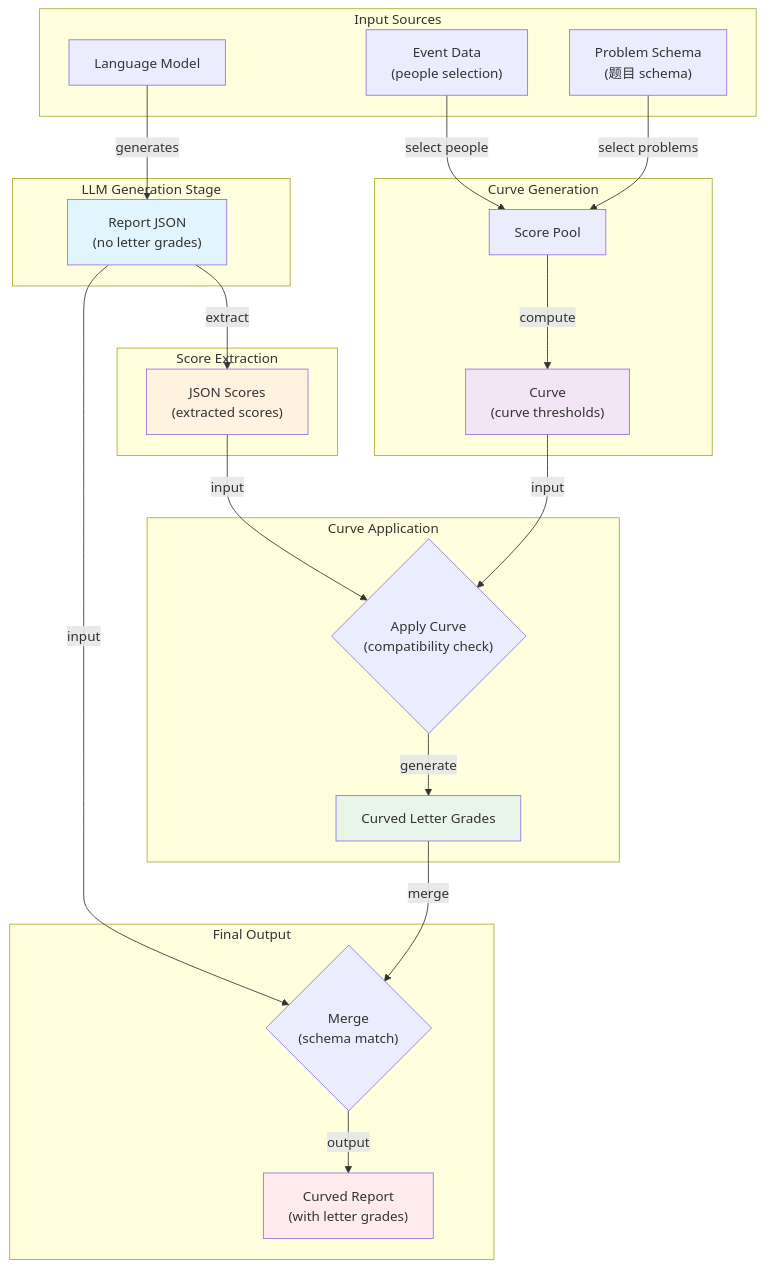
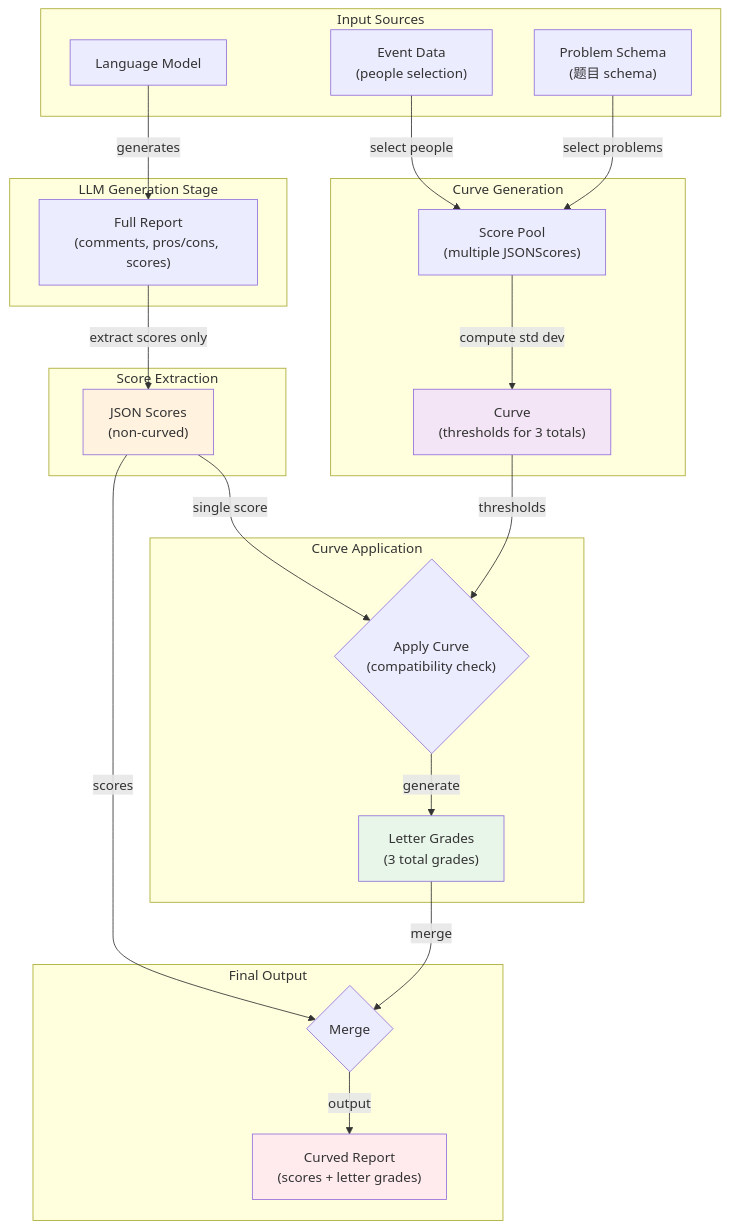
One commit to paideia-ai/tech-doc-axiia changed the first of 7 diagrams in score-post-llm-pipeline/pipeline-design.md. Above: the diagram before and after it, drawn with Mermaid. The commit also changed other lines of this file and 3 other files, not shown here.

First line of the commit message:
Consolidate schemas and update docs per ip-02.md

````diff
--- a/score-post-llm-pipeline/pipeline-design.md
+++ b/score-post-llm-pipeline/pipeline-design.md
@@ -5,40 +19,39 @@
 ```mermaid
 flowchart TD
     subgraph Inputs["Input Sources"]
         LM["Language Model"]
         EventData["Event Data<br/>(people selection)"]
         ProblemSchema["Problem Schema<br/>(题目 schema)"]
     end
 
     subgraph LLM_Stage["LLM Generation Stage"]
-        LM --> |"generates"| ReportJSON["Report JSON<br/>(no letter grades)"]
+        LM --> |"generates"| FullReport["Full Report<br/>(comments, pros/cons, scores)"]
     end
 
     subgraph Extraction["Score Extraction"]
-        ReportJSON --> |"extract"| JSONScores["JSON Scores<br/>(extracted scores)"]
+        FullReport --> |"extract scores only"| JSONScores["JSON Scores<br/>(non-curved)"]
     end
 
     subgraph CurveGeneration["Curve Generation"]
-        EventData --> |"select people"| ScorePool["Score Pool"]
+        EventData --> |"select people"| ScorePool["Score Pool<br/>(multiple JSONScores)"]
         ProblemSchema --> |"select problems"| ScorePool
-        ScorePool --> |"compute"| Curve["Curve<br/>(curve thresholds)"]
+        ScorePool --> |"compute std dev"| Curve["Curve<br/>(thresholds for 3 totals)"]
     end
 
     subgraph CurveApplication["Curve Application"]
-        JSONScores --> |"input"| ApplyCurve{"Apply Curve<br/>(compatibility check)"}
-        Curve --> |"input"| ApplyCurve
-        ApplyCurve --> |"generate"| CurvedLetterGrades["Curved Letter Grades"]
+        JSONScores --> |"single score"| ApplyCurve{"Apply Curve<br/>(compatibility check)"}
+        Curve --> |"thresholds"| ApplyCurve
+        ApplyCurve --> |"generate"| CurvedLetterGrades["Letter Grades<br/>(3 total grades)"]
     end
 
     subgraph FinalOutput["Final Output"]
-        CurvedLetterGrades --> |"merge"| MergeReport{"Merge<br/>(schema match)"}
-        ReportJSON --> |"input"| MergeReport
-        MergeReport --> |"output"| CurvedReport["Curved Report<br/>(with letter grades)"]
+        CurvedLetterGrades --> |"merge"| MergeReport{"Merge"}
+        JSONScores --> |"scores"| MergeReport
+        MergeReport --> |"output"| CurvedReport["Curved Report<br/>(scores + letter grades)"]
     end
 
-    style ReportJSON fill:#e1f5fe
     style JSONScores fill:#fff3e0
     style Curve fill:#f3e5f5
     style CurvedLetterGrades fill:#e8f5e9
     style CurvedReport fill:#ffebee
 ```
````
